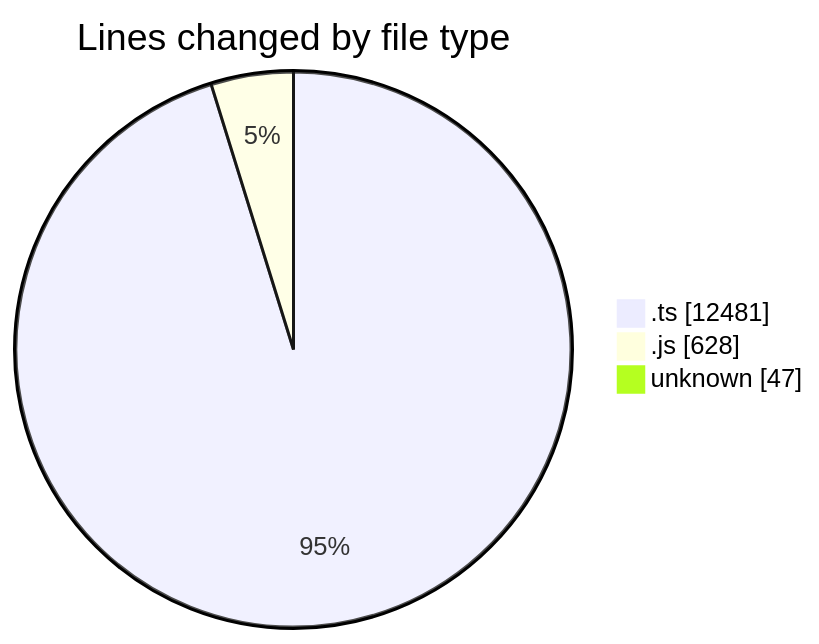
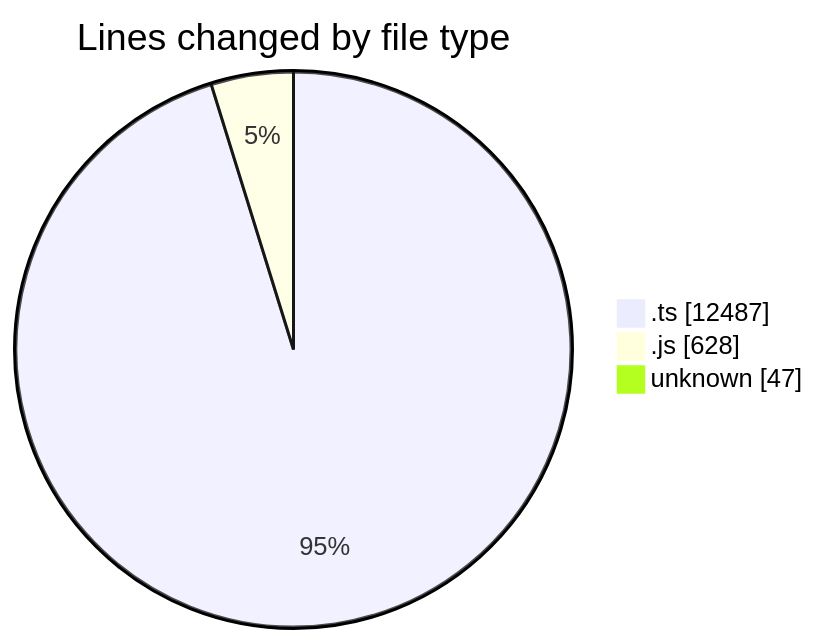
One commit to momahboobian/code-tracking changed the first of 2 diagrams in 2025-09-05/cda/README.md. Above: the diagram before and after it, drawn with Mermaid. The commit also changed other lines of this file and 1 other file, not shown here.

````diff
--- a/2025-09-05/cda/README.md
+++ b/2025-09-05/cda/README.md
@@ -25,7 +25,7 @@
 ```mermaid
 pie showData
 title Lines changed by file type
-".ts" : 12481
+".ts" : 12487
 ".js" : 628
 "unknown" : 47
 ```
````
